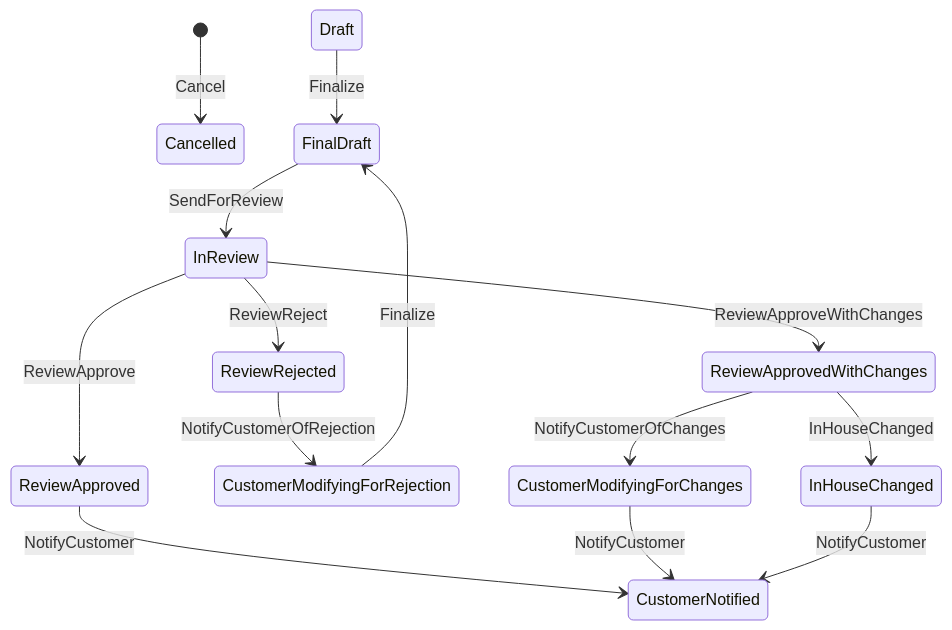
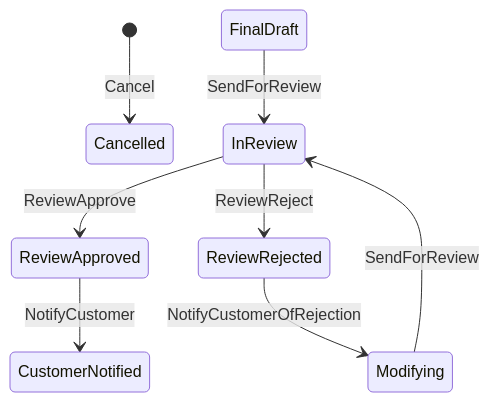
One commit to FIPOCHINA/fipo-fsm changed the diagram in docs/DesignDoc.mermaid. Above: the diagram before and after it, drawn with Mermaid. The commit also changed 47 other files, not shown here.

```diff
--- a/docs/DesignDoc.mermaid
+++ b/docs/DesignDoc.mermaid
@@ -1,14 +1,8 @@
 stateDiagram-v2
 [*] --> Cancelled : Cancel
-Draft --> FinalDraft : Finalize
 FinalDraft --> InReview : SendForReview
 InReview --> ReviewApproved : ReviewApprove
 InReview --> ReviewRejected : ReviewReject
-InReview --> ReviewApprovedWithChanges : ReviewApproveWithChanges
 ReviewApproved --> CustomerNotified : NotifyCustomer
-ReviewRejected --> CustomerModifyingForRejection : NotifyCustomerOfRejection
-CustomerModifyingForRejection --> FinalDraft : Finalize
-ReviewApprovedWithChanges --> CustomerModifyingForChanges : NotifyCustomerOfChanges
-CustomerModifyingForChanges --> CustomerNotified : NotifyCustomer
-ReviewApprovedWithChanges --> InHouseChanged : InHouseChanged
-InHouseChanged --> CustomerNotified : NotifyCustomer
+ReviewRejected --> Modifying : NotifyCustomerOfRejection
+Modifying --> InReview : SendForReview
```
